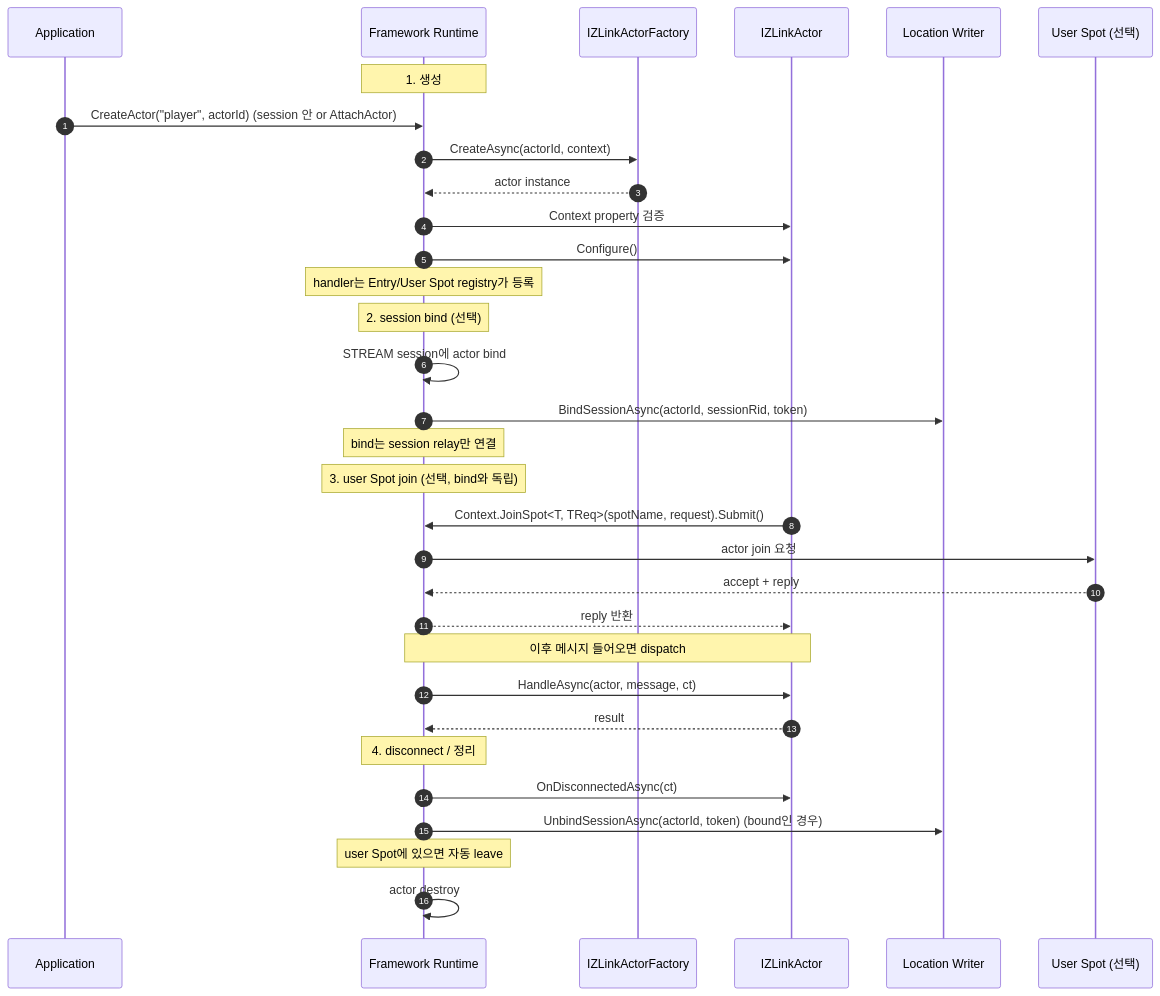
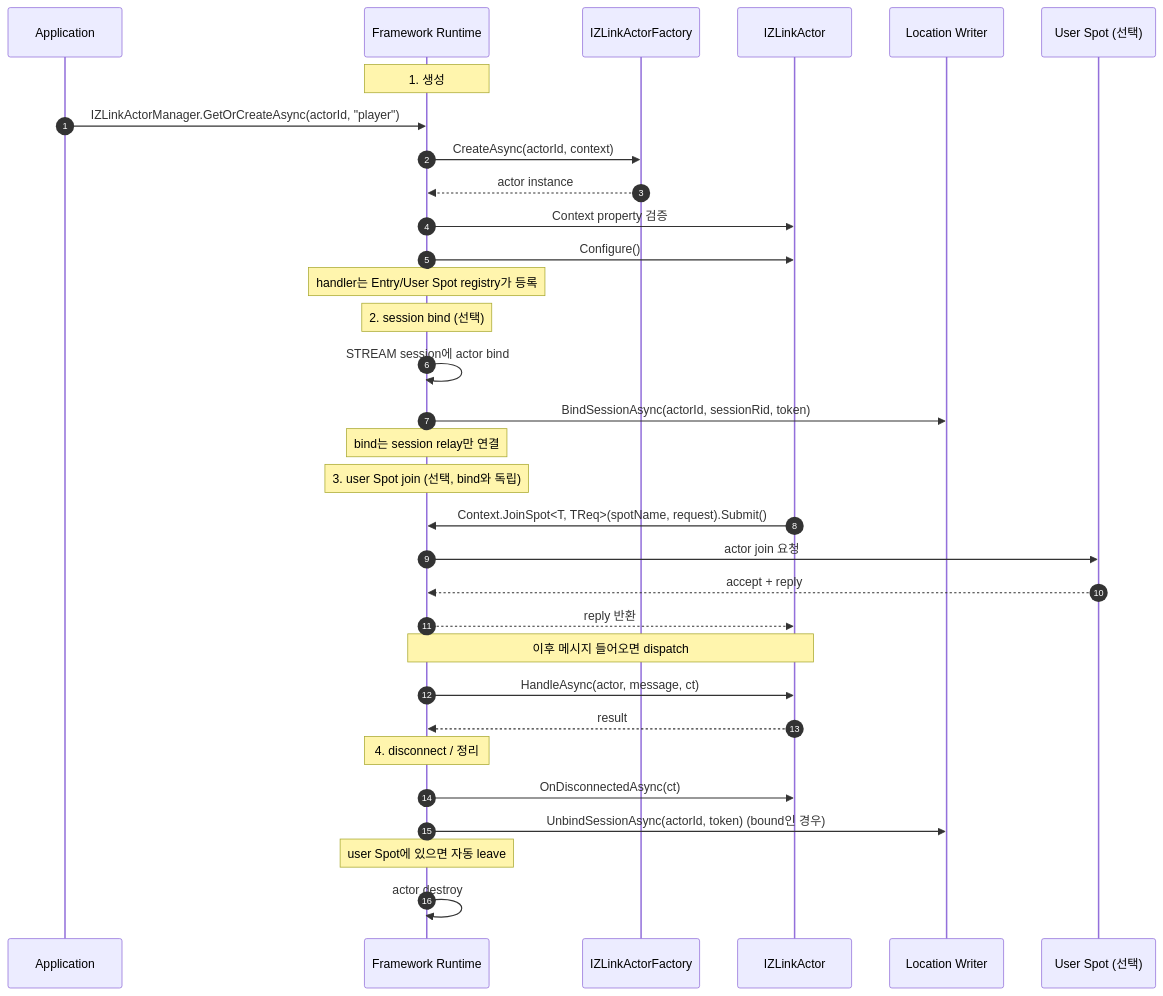
One commit to kairos-code-dev/zlink changed the first of 3 diagrams in framework/doc/spec/draft/framework-adapter/bindings/dotnet/aspnet-core-actor.ko.md. Above: the diagram before and after it, drawn with Mermaid. The commit also changed other lines of this file and 36 other files, not shown here.

````diff
--- a/framework/doc/spec/draft/framework-adapter/bindings/dotnet/aspnet-core-actor.ko.md
+++ b/framework/doc/spec/draft/framework-adapter/bindings/dotnet/aspnet-core-actor.ko.md
@@ -232,39 +258,39 @@
 ```mermaid
 sequenceDiagram
     autonumber
     participant App as Application
     participant FW as Framework Runtime
     participant Fact as IZLinkActorFactory
     participant Act as IZLinkActor
     participant Loc as Location Writer
     participant Spot as User Spot (선택)
 
     Note over FW: 1. 생성
-    App->>FW: CreateActor("player", actorId) (session 안 or AttachActor)
+    App->>FW: IZLinkActorManager.GetOrCreateAsync(actorId, "player")
     FW->>Fact: CreateAsync(actorId, context)
     Fact-->>FW: actor instance
     FW->>Act: Context property 검증
     FW->>Act: Configure()
     Note over FW: handler는 Entry/User Spot registry가 등록
 
     Note over FW: 2. session bind (선택)
     FW->>FW: STREAM session에 actor bind
     FW->>Loc: BindSessionAsync(actorId, sessionRid, token)
     Note over FW: bind는 session relay만 연결
 
     Note over FW: 3. user Spot join (선택, bind와 독립)
     Act->>FW: Context.JoinSpot<T, TReq>(spotName, request).Submit()
     FW->>Spot: actor join 요청
     Spot-->>FW: accept + reply
     FW-->>Act: reply 반환
 
     Note over FW,Act: 이후 메시지 들어오면 dispatch
     FW->>Act: HandleAsync(actor, message, ct)
     Act-->>FW: result
 
     Note over FW: 4. disconnect / 정리
     FW->>Act: OnDisconnectedAsync(ct)
     FW->>Loc: UnbindSessionAsync(actorId, token) (bound인 경우)
     Note over FW: user Spot에 있으면 자동 leave
     FW->>FW: actor destroy
 ```
````
